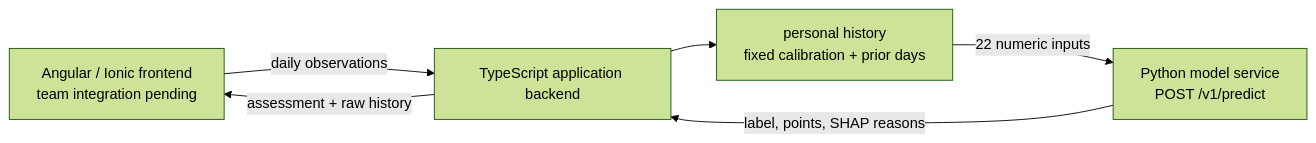
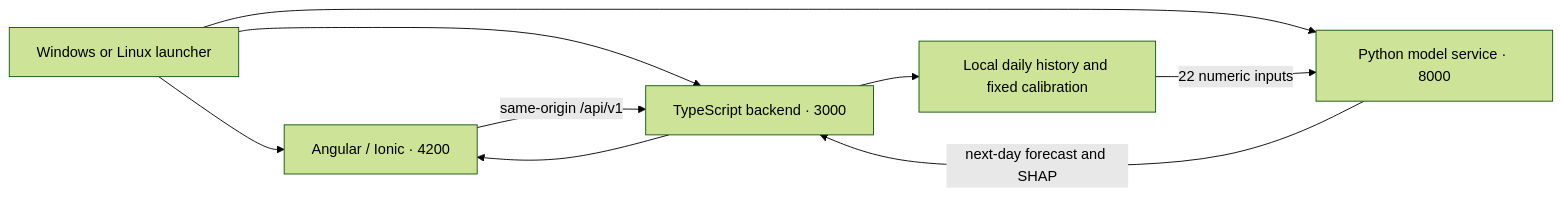
Before and after one commit to magdiemad5s/Space-apps: the diagram in README.md, drawn with Mermaid (forest theme). The commit also changed other lines of this file and 252 other files, not shown here.

````diff
--- a/README.md
+++ b/README.md
@@ -24,8 +56,11 @@
 ```mermaid
 flowchart LR
-    UI["Angular / Ionic frontend<br/>team integration pending"] -->|"daily observations"| API["TypeScript application backend"]
-    API --> HISTORY["personal history<br/>fixed calibration + prior days"]
-    HISTORY -->|"22 numeric inputs"| MODEL["Python model service<br/>POST /v1/predict"]
-    MODEL -->|"label, points, SHAP reasons"| API
-    API -->|"assessment + raw history"| UI
+    START[Windows or Linux launcher] --> UI[Angular / Ionic · 4200]
+    START --> API[TypeScript backend · 3000]
+    START --> MODEL[Python model service · 8000]
+    UI -->|same-origin /api/v1| API
+    API --> HISTORY[Local daily history and fixed calibration]
+    HISTORY -->|22 numeric inputs| MODEL
+    MODEL -->|next-day forecast and SHAP| API
+    API --> UI
 ```
````
